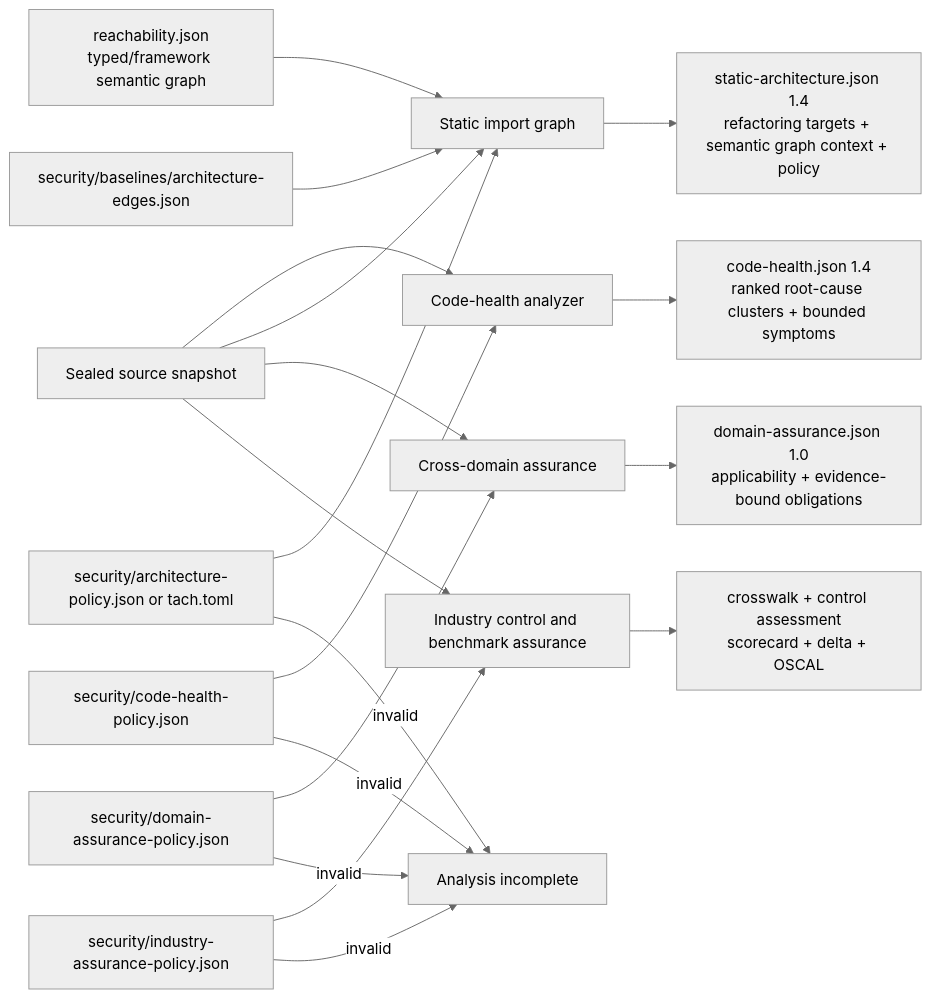
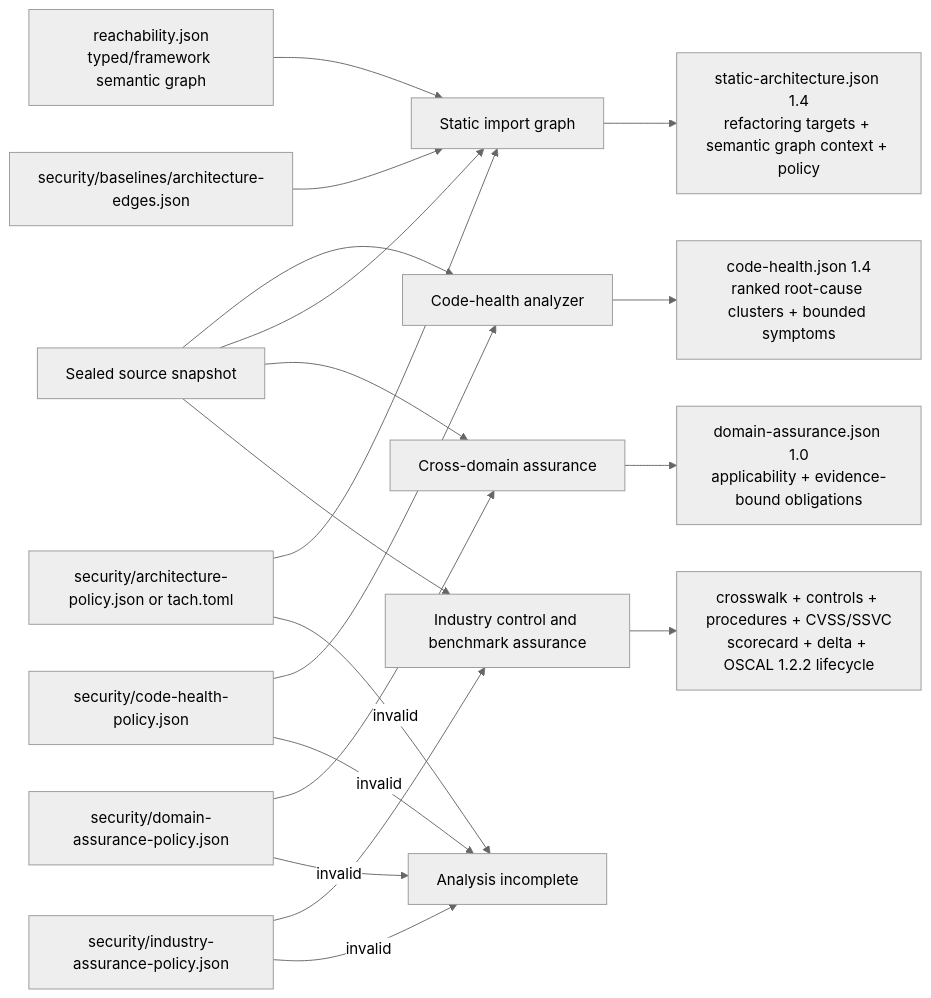
One commit to willtran87/project-py-security-suite changed the third of 3 diagrams in docs/configuration.md. Above: the diagram before and after it, drawn with Mermaid (neutral theme). The commit also changed 32 other files, not shown here.

````diff
--- a/docs/configuration.md
+++ b/docs/configuration.md
@@ -132,21 +132,21 @@
 ```mermaid
 flowchart LR
     Snapshot["Sealed source snapshot"] --> Health["Code-health analyzer"]
     HealthPolicy["security/code-health-policy.json"] --> Health
     Snapshot --> Graph["Static import graph"]
     Reachability["reachability.json<br/>typed/framework semantic graph"] --> Graph
     ArchitecturePolicy["security/architecture-policy.json or tach.toml"] --> Graph
     EdgeBaseline["security/baselines/architecture-edges.json"] --> Graph
     Snapshot --> Domains["Cross-domain assurance"]
     DomainPolicy["security/domain-assurance-policy.json"] --> Domains
     Snapshot --> Industry["Industry control and benchmark assurance"]
     IndustryPolicy["security/industry-assurance-policy.json"] --> Industry
     Health --> HealthArtifact["code-health.json 1.4<br/>ranked root-cause clusters + bounded symptoms"]
     Graph --> ArchitectureArtifact["static-architecture.json 1.4<br/>refactoring targets + semantic graph context + policy"]
     Domains --> DomainArtifact["domain-assurance.json 1.0<br/>applicability + evidence-bound obligations"]
-    Industry --> IndustryArtifacts["crosswalk + control assessment<br/>scorecard + delta + OSCAL"]
+    Industry --> IndustryArtifacts["crosswalk + controls + procedures + CVSS/SSVC<br/>scorecard + delta + OSCAL 1.2.2 lifecycle"]
     HealthPolicy -->|"invalid"| Incomplete["Analysis incomplete"]
     ArchitecturePolicy -->|"invalid"| Incomplete
     DomainPolicy -->|"invalid"| Incomplete
     IndustryPolicy -->|"invalid"| Incomplete
 ```
````
